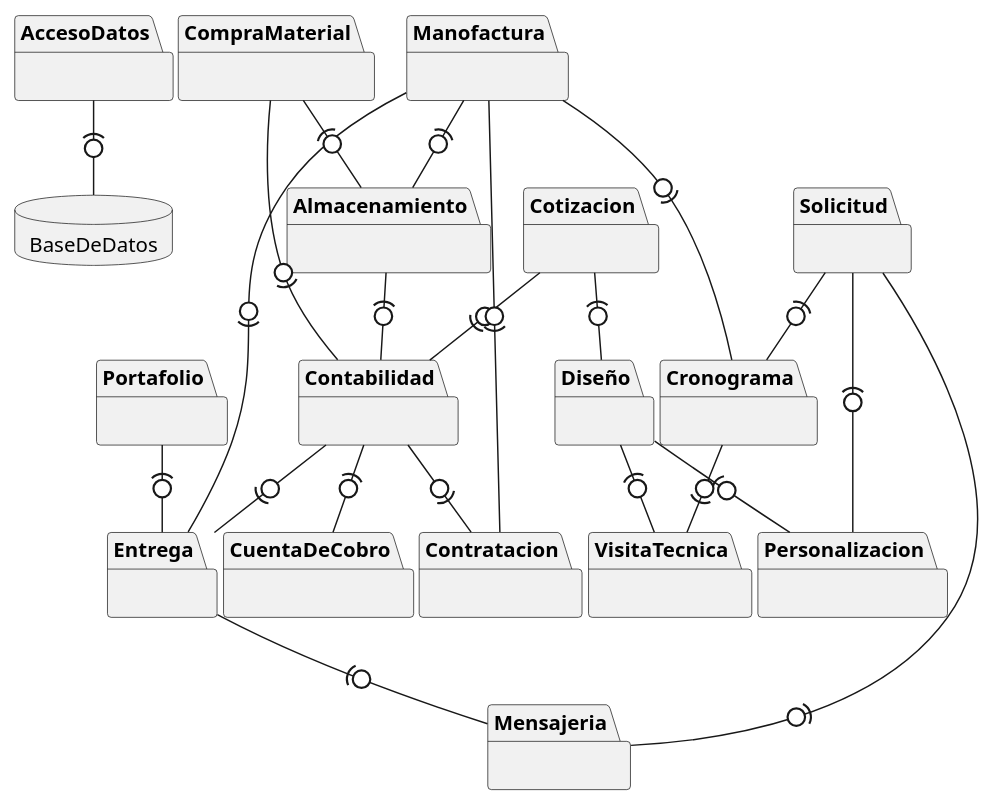
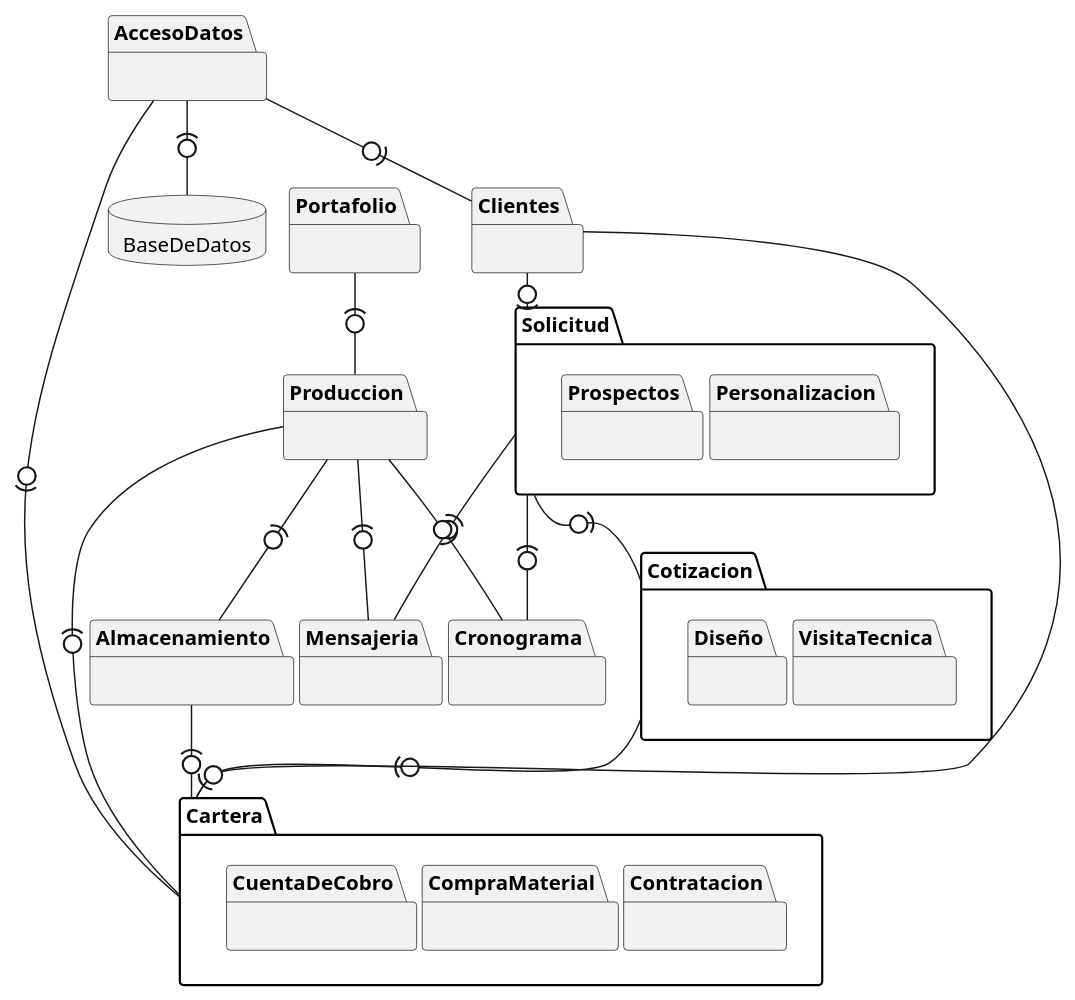
Before and after one commit to Los-Waza/MetalK_Documentation: the diagram in ComponentDiagram/metalK_packages.puml, drawn with PlantUML. The commit also changed 3 other files, not shown here.

```diff
--- a/ComponentDiagram/metalK_packages.puml
+++ b/ComponentDiagram/metalK_packages.puml
@@ -1,55 +1,54 @@
 @startuml MetalK_Packages
     skinparam nodesep 4
     skinparam linestyle orto
 
     <style>
     database {
         
     }
     package{
 
     }
     </style>
 
     database BaseDeDatos as bd{          
     }
-    package Solicitud as sol{}
+    package Solicitud as sol{
+        package Personalizacion as per{}
+        package Prospectos as pros{}
+    }
     package Mensajeria as wasa{}
-    package VisitaTecnica as vt{}
-    package Personalizacion as per{}
-    package Diseño as dis{}
     package Portafolio as por{}
-    package Cotizacion as cot{}
+    package Cotizacion as cot{
+        package VisitaTecnica as vt{}
+        package Diseño as dis{}
+    }
     package Almacenamiento as alm{}
-    package CuentaDeCobro as cdc{}
-    package Manofactura as man{}
-    package Contabilidad as con{}
+    package Cartera as car{
+        package Contratacion as con{}
+        package CompraMaterial as cm{}
+        package CuentaDeCobro as cdc{}
+    }
     package AccesoDatos as ad{}
     package Cronograma as cro{}
-    package Entrega as ent{}
-    package CompraMaterial as cm{}
-    package Contratacion as cont{}
+    package Produccion as pro{}
+    package Clientes as cli{}
+    
 
     sol -(0- wasa 
-    sol -(0-cro
-    sol -(0- per
-    dis -(0- per
-    dis -(0- vt
-    cro -0)- vt   
-    cot -(0- dis
-    por -(0- ent
-    man -(0- alm
-    ent -(0- wasa
-    man -0)- ent
-    con -(0- cdc
-    cm -0)- con
-    con -0)- ent
-    alm -(0- con
-    cm -(0- alm
+    sol -(0-cro 
+    sol -0)- cot 
+    por -(0- pro
+    pro -(0- alm
+    pro -(0- wasa
+    car -0)- pro
+    alm -(0- car
     ad -(0- bd  
-    cot -0)- con
-    man -0)- cro
-    con -0)- cont
-    cont -(0- man
+    pro -0)- cro
+    cot -0)- car
+    cli -0)- sol
+    cli -0)- car
+    ad -0)- car
+    ad -0)- cli
     
 @enduml
```
